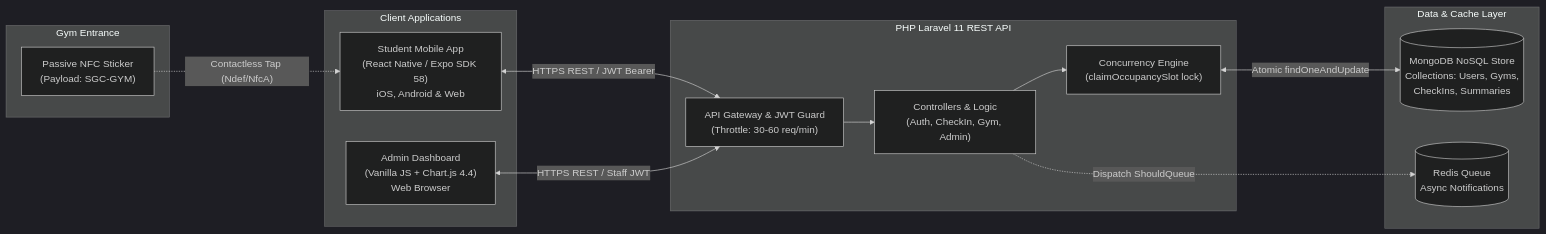
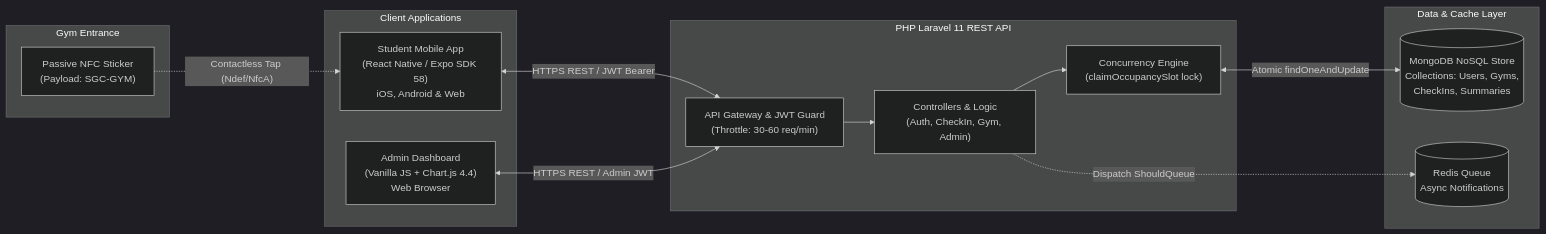
One commit to nickymarzz/Sejong-Gym-Check-in-App changed the first of 2 diagrams in README.md. Above: the diagram before and after it, drawn with Mermaid (dark theme). The commit also changed other lines of this file and 5 other files, not shown here.

Commit message:
refactor: replace staff role with strict admin role across backend and documentation

````diff
--- a/README.md
+++ b/README.md
@@ -63,30 +63,30 @@
 ```mermaid
 flowchart LR
     subgraph Entrance["Gym Entrance"]
         Sticker["Passive NFC Sticker<br/>(Payload: SGC-GYM)"]
     end
 
     subgraph Clients["Client Applications"]
         StudentApp["Student Mobile App<br/>(React Native / Expo SDK 58)<br/>iOS, Android & Web"]
         AdminApp["Admin Dashboard<br/>(Vanilla JS + Chart.js 4.4)<br/>Web Browser"]
     end
 
     subgraph Backend["PHP Laravel 11 REST API"]
         Gateway["API Gateway & JWT Guard<br/>(Throttle: 30-60 req/min)"]
         Controllers["Controllers & Logic<br/>(Auth, CheckIn, Gym, Admin)"]
         Concurrency["Concurrency Engine<br/>(claimOccupancySlot lock)"]
     end
 
     subgraph Storage["Data & Cache Layer"]
         MongoDB[(MongoDB NoSQL Store<br/>Collections: Users, Gyms,<br/>CheckIns, Summaries)]
         Redis[(Redis Queue<br/>Async Notifications)]
     end
 
     Sticker -.->|"Contactless Tap (Ndef/NfcA)"| StudentApp
     StudentApp <-->|"HTTPS REST / JWT Bearer"| Gateway
-    AdminApp <-->|"HTTPS REST / Staff JWT"| Gateway
+    AdminApp <-->|"HTTPS REST / Admin JWT"| Gateway
     Gateway --> Controllers
     Controllers --> Concurrency
     Concurrency <-->|"Atomic findOneAndUpdate"| MongoDB
     Controllers -.->|"Dispatch ShouldQueue"| Redis
 ```
````
